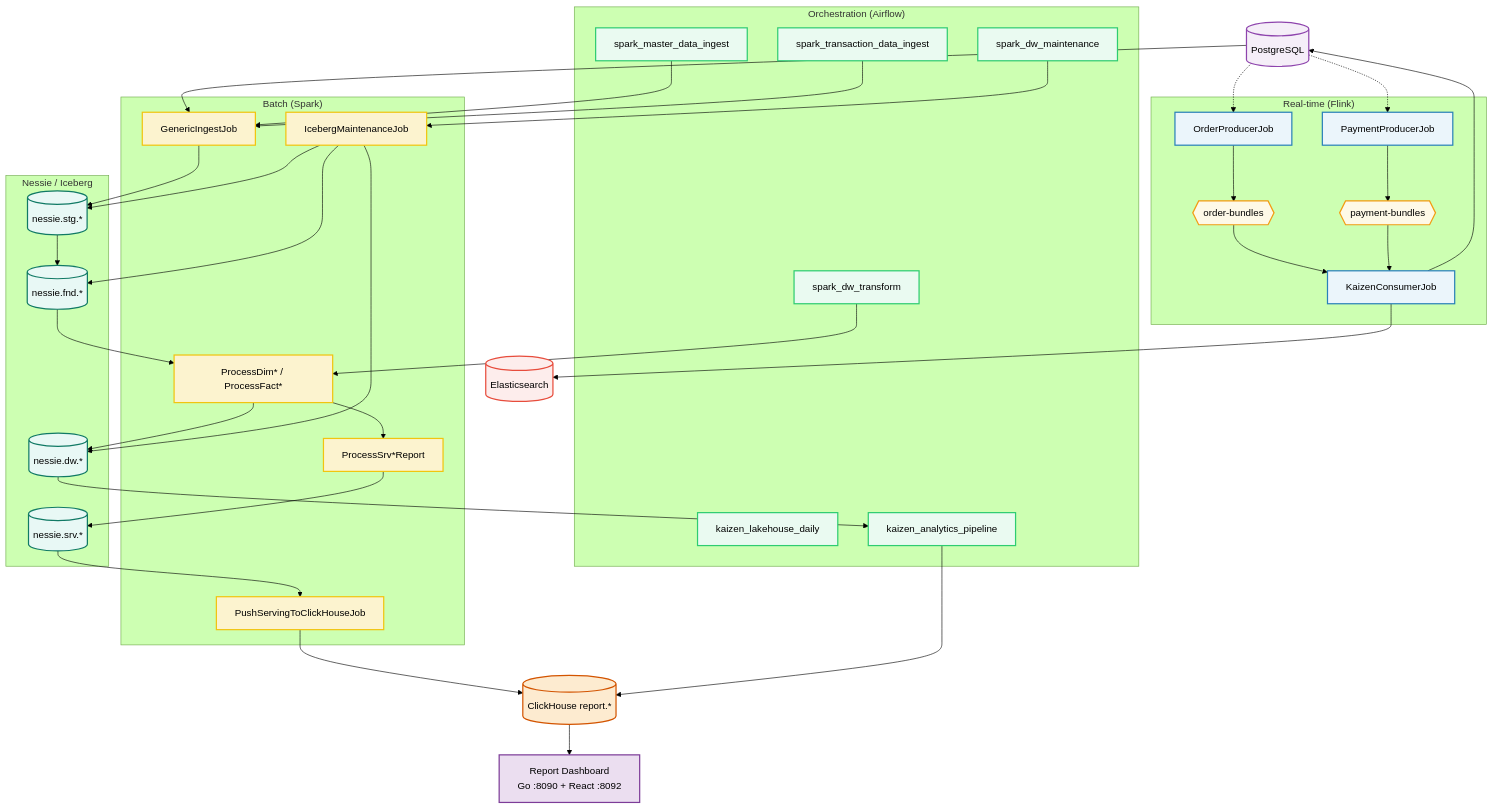
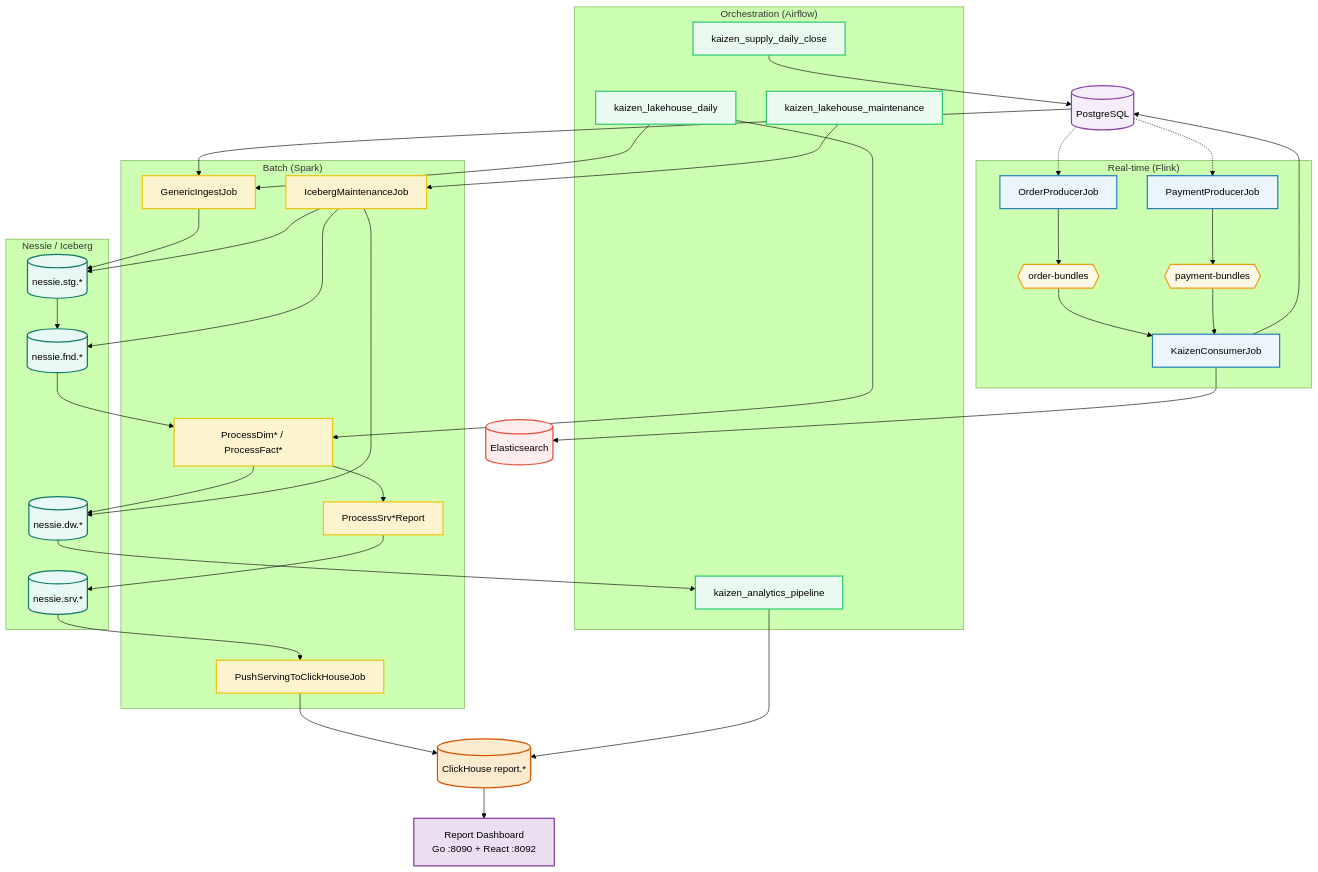
Before and after one commit to tuancaokaizen/kaizen_data_platform: the diagram in README.md, drawn with Mermaid (forest theme). The commit also changed other lines of this file, not shown here.

First line of the commit message:
docs(readme): replace legacy Airflow quick-start with Kaizen DAGs

````diff
--- a/README.md
+++ b/README.md
@@ -28,82 +28,81 @@
 ```mermaid
 flowchart TD
     classDef airflow fill:#eafaf1,stroke:#2ecc71,stroke-width:2px;
     classDef flink fill:#ebf5fb,stroke:#2980b9,stroke-width:2px;
     classDef kafka fill:#fef9e7,stroke:#f39c12,stroke-width:2px;
     classDef postgres fill:#f5eef8,stroke:#8e44ad,stroke-width:2px;
     classDef elastic fill:#fdedec,stroke:#e74c3c,stroke-width:2px;
     classDef spark fill:#fcf3cf,stroke:#f1c40f,stroke-width:2px;
     classDef nessie fill:#e8f8f5,stroke:#117a65,stroke-width:2px;
     classDef clickhouse fill:#fdebd0,stroke:#d35400,stroke-width:2px;
     classDef ui fill:#ebdef0,stroke:#7d3c98,stroke-width:2px;
 
     PG_RAW[("PostgreSQL")]
     class PG_RAW postgres;
 
     subgraph STREAM ["Real-time (Flink)"]
         OP["OrderProducerJob"]
         PP["PaymentProducerJob"]
         KC["KaizenConsumerJob"]
         T_ORDER{{"order-bundles"}}
         T_PAY{{"payment-bundles"}}
     end
     class OP,PP,KC flink;
     class T_ORDER,T_PAY kafka;
 
     subgraph ORCH ["Orchestration (Airflow)"]
-        DAG_M["spark_master_data_ingest"]
-        DAG_I["spark_transaction_data_ingest"]
-        DAG_T["spark_dw_transform"]
         DAG_SIL["kaizen_lakehouse_daily"]
-        DAG_MA["spark_dw_maintenance"]
         DAG_AN["kaizen_analytics_pipeline"]
+        DAG_SUP["kaizen_supply_daily_close"]
+        DAG_MA["kaizen_lakehouse_maintenance"]
     end
-    class DAG_M,DAG_I,DAG_T,DAG_SIL,DAG_MA,DAG_AN airflow;
+    class DAG_SIL,DAG_AN,DAG_SUP,DAG_MA airflow;
 
     subgraph BATCH ["Batch (Spark)"]
         INGEST["GenericIngestJob"]
         TRANS["ProcessDim* / ProcessFact*"]
         SRV["ProcessSrv*Report"]
         PUSH["PushServingToClickHouseJob"]
         MAINT["IcebergMaintenanceJob"]
     end
     class INGEST,TRANS,SRV,PUSH,MAINT spark;
 
     subgraph LAKE ["Nessie / Iceberg"]
         STG[("nessie.stg.*")]
         FND[("nessie.fnd.*")]
         DW[("nessie.dw.*")]
         SRV_TBL[("nessie.srv.*")]
     end
     class STG,FND,DW,SRV_TBL nessie;
 
     CH[("ClickHouse report.*")]
     class CH clickhouse;
 
     UI["Report Dashboard<br/>Go :8090 + React :8092"]
     class UI ui;
 
     ES[("Elasticsearch")]
     class ES elastic;
 
     PG_RAW -.-> OP & PP
     OP --> T_ORDER
     PP --> T_PAY
     T_ORDER & T_PAY --> KC
     KC --> PG_RAW
     KC --> ES
 
-    DAG_M & DAG_I --> INGEST
+    DAG_SIL --> INGEST
     PG_RAW --> INGEST
     INGEST --> STG --> FND
-    DAG_T --> TRANS
+    DAG_SIL --> TRANS
     FND --> TRANS --> DW
     TRANS --> SRV --> SRV_TBL
     SRV_TBL --> PUSH --> CH
     DAG_MA --> MAINT
     MAINT --> FND & DW & STG
     DW --> DAG_AN
     DAG_AN --> CH
+    DAG_SUP --> PG_RAW
 
     CH --> UI
 ```
````
